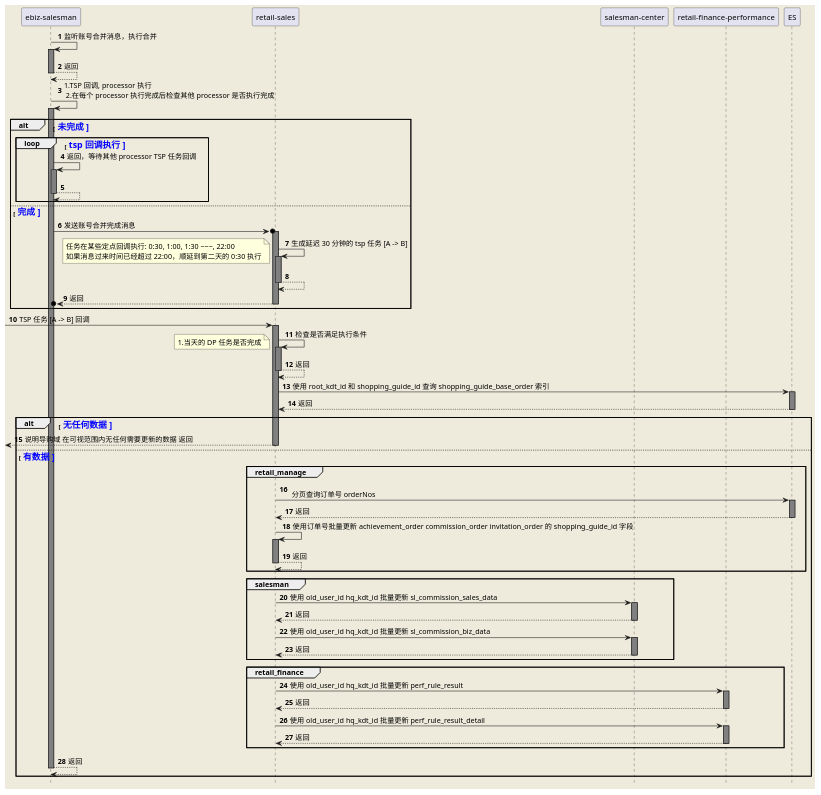
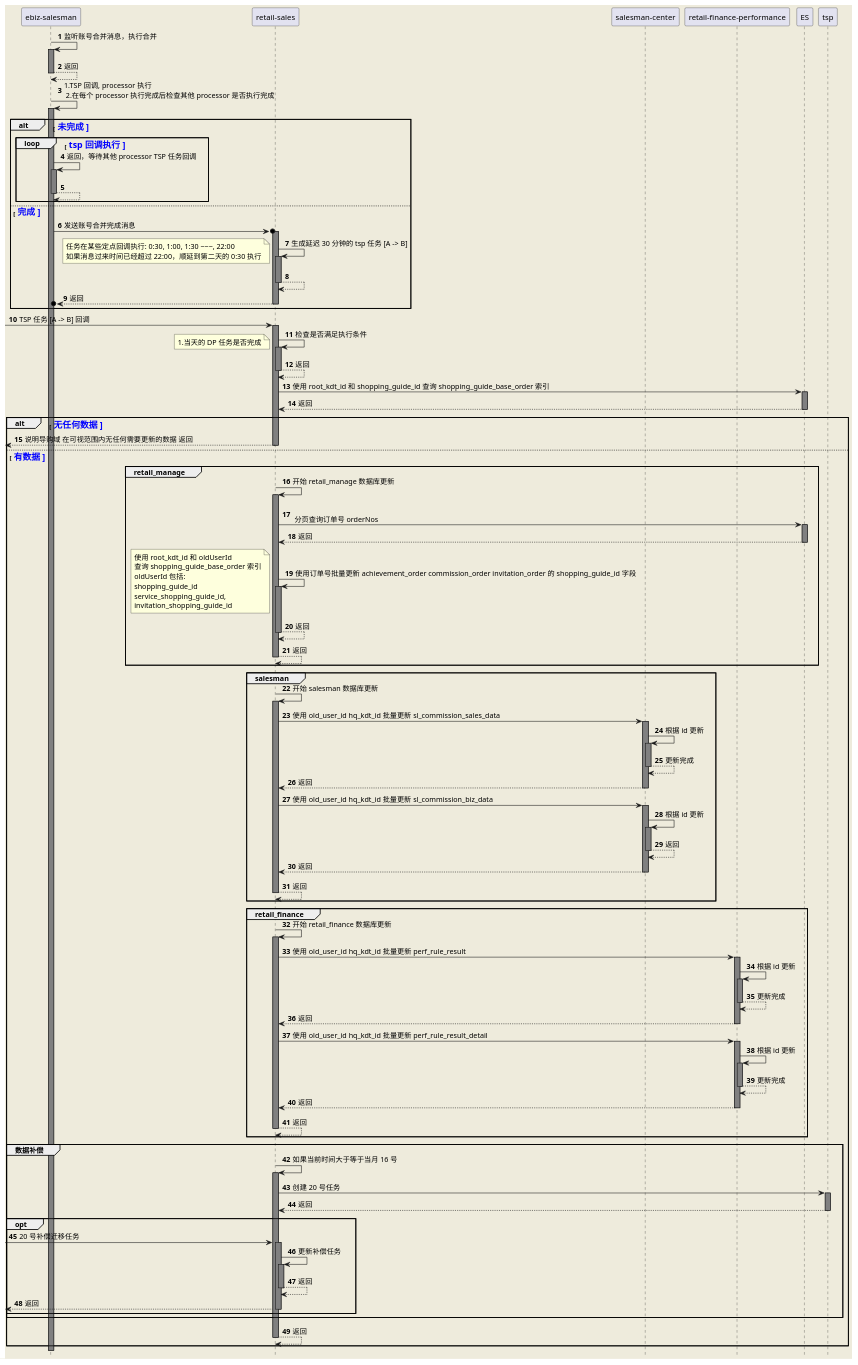
The diagram in src/main/resources/plants/导购/帐号合并/账号合并流程.puml (xauvlove/todo), drawn with PlantUML before and after one commit.

```diff
--- a/src/main/resources/plants/导购/帐号合并/账号合并流程.puml
+++ b/src/main/resources/plants/导购/帐号合并/账号合并流程.puml
@@ -1,81 +1,114 @@
 @startuml
 'https://plantuml.com/sequence-diagram
 hide footbox
 skinparam backgroundColor #EEEBDC
 
 skinparam sequence {
     LifeLineBackgroundColor grey
 }
 
 autonumber
 autoActivate on
 
 '不同的系统应使用不同的合并策略
 participant "ebiz-salesman" as ebiz
 participant "retail-sales" as sales
 participant "salesman-center" as salesman
 participant "retail-finance-performance" as performance
 participant "ES" as es
 
 ebiz -> ebiz : 监听账号合并消息，执行合并
 return 返回
 
 ebiz -> ebiz : 1.TSP 回调, processor 执行 \n 2.在每个 processor 执行完成后检查其他 processor 是否执行完成
 
 alt <font size = 16 color = blue> 未完成 <b>
     loop <font size = 16 color = blue> tsp 回调执行 <b>
         ebiz -> ebiz : 返回，等待其他 processor TSP 任务回调
         return
     end
 else <font size = 16 color = blue> 完成 <b>
     ebiz ->o sales : 发送账号合并完成消息
     sales -> sales : 生成延迟 30 分钟的 tsp 任务 [A -> B]
     note left
         任务在某些定点回调执行: 0:30, 1:00, 1:30 ~~~, 22:00
         如果消息过来时间已经超过 22:00，顺延到第二天的 0:30 执行
     end note
     return
     return 返回
 end
 
 [-> sales : TSP 任务 [A -> B] 回调
 
 sales -> sales : 检查是否满足执行条件
 note left
     1.当天的 DP 任务是否完成
 end note
 
 return 返回
 
 sales -> es : 使用 root_kdt_id 和 shopping_guide_id 查询 shopping_guide_base_order 索引
 return 返回
 
 alt <font size = 16 color = blue> 无任何数据 <b>
     return 说明导购域 在可视范围内无任何需要更新的数据 返回
 else <font size = 16 color = blue> 有数据 <b>
 
     group retail_manage
+        sales -> sales : 开始 retail_manage 数据库更新
         sales -> es : \n 分页查询订单号 orderNos
         return 返回
         sales -> sales : 使用订单号批量更新 achievement_order commission_order invitation_order 的 shopping_guide_id 字段
+        note left
+            使用 root_kdt_id 和 oldUserId
+            查询 shopping_guide_base_order 索引
+            oldUserId 包括:
+            shopping_guide_id
+            service_shopping_guide_id,
+            invitation_shopping_guide_id
+        end note
+        return 返回
         return 返回
     end
 
     group salesman
+        sales -> sales : 开始 salesman 数据库更新
         sales -> salesman : 使用 old_user_id hq_kdt_id 批量更新 sl_commission_sales_data
+        salesman -> salesman : 根据 id 更新
+        return 更新完成
         return 返回
         sales -> salesman : 使用 old_user_id hq_kdt_id 批量更新 sl_commission_biz_data
+        salesman -> salesman : 根据 id 更新
+        return 返回
+        return 返回
         return 返回
     end
 
    group retail_finance
+        sales -> sales : 开始 retail_finance 数据库更新
         sales -> performance : 使用 old_user_id hq_kdt_id 批量更新 perf_rule_result
+        performance -> performance : 根据 id 更新
+        return 更新完成
         return 返回
         sales -> performance : 使用 old_user_id hq_kdt_id 批量更新 perf_rule_result_detail
+        performance -> performance : 根据 id 更新
+        return 更新完成
+        return 返回
         return 返回
    end
-    return 返回
 
+   group 数据补偿
+        sales -> sales : 如果当前时间大于等于当月 16 号
+        sales -> tsp : 创建 20 号任务
+        return 返回
+        opt
+           [-> sales : 20 号补偿迁移任务
+           sales -> sales : 更新补偿任务
+           return 返回
+           return 返回
+        end
+   end
+   return 返回
 end
 
 @enduml
```
